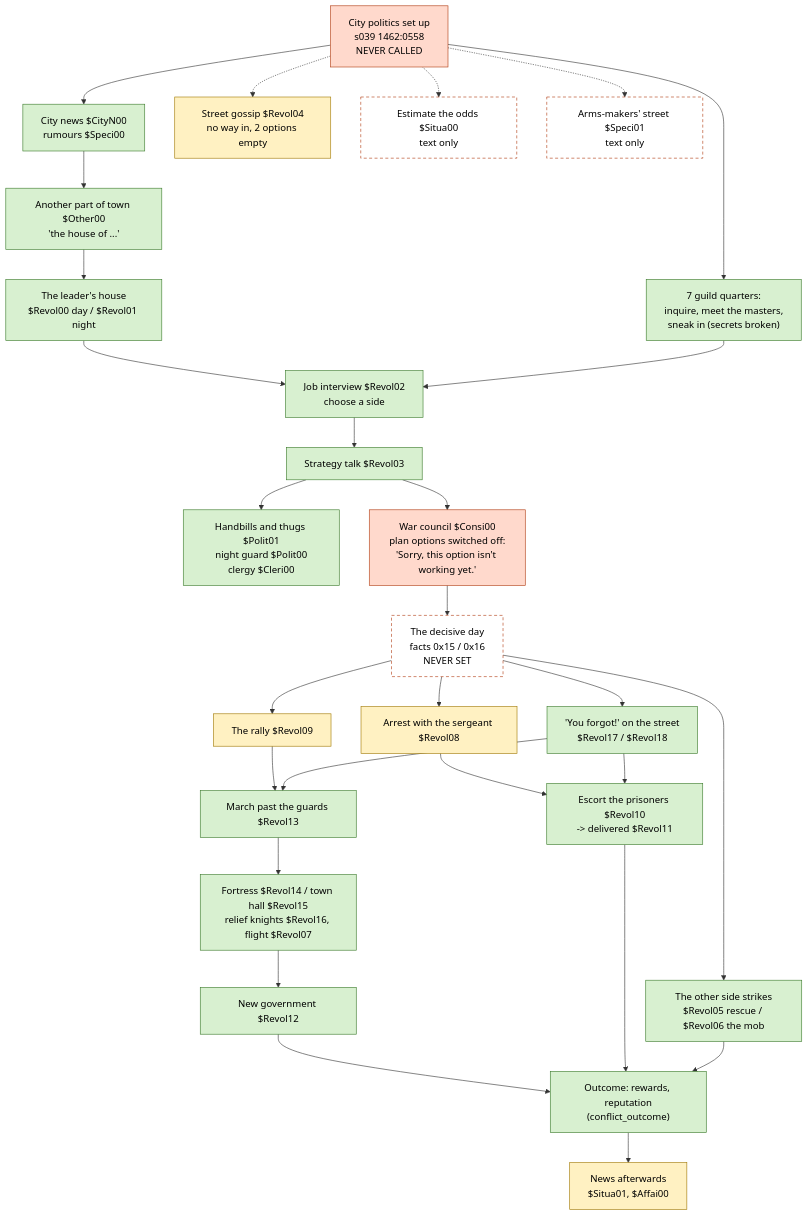
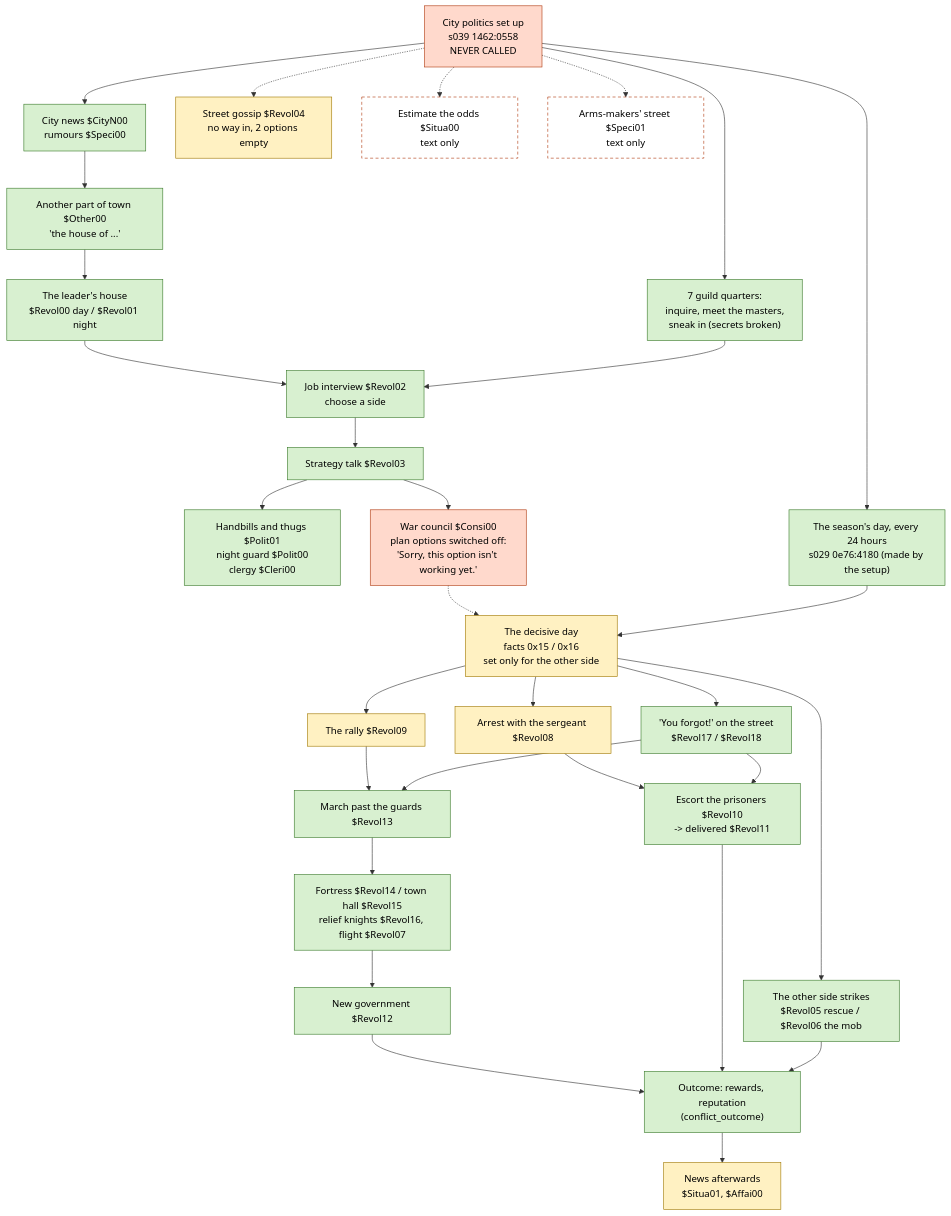
One commit to bouchacha/Darklands-plus changed the diagram in docs/cut_politics.md. Above: the diagram before and after it, drawn with Mermaid. The commit also changed other lines of this file and 9 other files, not shown here.

First line of the commit message:
Politics: the season's own daily handler runs for its city; four more saints as their texts

````diff
--- a/docs/cut_politics.md
+++ b/docs/cut_politics.md
@@ -40,49 +40,51 @@
 ```mermaid
 flowchart TD
     classDef ok fill:#d8f0d0,stroke:#3a7a2a,color:#000
     classDef unreached fill:#fff1c2,stroke:#a07800,color:#000
     classDef stub fill:#ffd9cc,stroke:#b03a10,color:#000
     classDef missing fill:#ffffff,stroke:#b03a10,stroke-dasharray:5 4,color:#000
 
     SETUP["City politics set up<br/>s039 1462:0558<br/>NEVER CALLED"]:::stub
     NEWS["City news $CityN00<br/>rumours $Speci00"]:::ok
     OTHER["Another part of town $Other00<br/>'the house of ...'"]:::ok
     GUILD["7 guild quarters:<br/>inquire, meet the masters,<br/>sneak in (secrets broken)"]:::ok
     HOUSE["The leader's house<br/>$Revol00 day / $Revol01 night"]:::ok
     JOIN["Job interview $Revol02<br/>choose a side"]:::ok
     PLAN["Strategy talk $Revol03"]:::ok
     WORK["Handbills and thugs $Polit01<br/>night guard $Polit00<br/>clergy $Cleri00"]:::ok
     GOSSIP["Street gossip $Revol04<br/>no way in, 2 options empty"]:::unreached
     EST["Estimate the odds $Situa00<br/>text only"]:::missing
     ARMS["Arms-makers' street $Speci01<br/>text only"]:::missing
     COUNCIL["War council $Consi00<br/>plan options switched off:<br/>'Sorry, this option isn't working yet.'"]:::stub
-    DAY["The decisive day<br/>facts 0x15 / 0x16<br/>NEVER SET"]:::missing
+    DAILY["The season's day, every 24 hours<br/>s029 0e76:4180 (made by the setup)"]:::ok
+    DAY["The decisive day<br/>facts 0x15 / 0x16<br/>set only for the other side"]:::unreached
     ARREST["Arrest with the sergeant $Revol08"]:::unreached
     RALLY["The rally $Revol09"]:::unreached
     FORGOT["'You forgot!' on the street<br/>$Revol17 / $Revol18"]:::ok
     ENEMY["The other side strikes<br/>$Revol05 rescue / $Revol06 the mob"]:::ok
     ESCORT["Escort the prisoners $Revol10<br/>-> delivered $Revol11"]:::ok
     MARCH["March past the guards $Revol13"]:::ok
     SIEGE["Fortress $Revol14 / town hall $Revol15<br/>relief knights $Revol16, flight $Revol07"]:::ok
     WIN["New government $Revol12"]:::ok
     OUT["Outcome: rewards, reputation<br/>(conflict_outcome)"]:::ok
     AFTER["News afterwards<br/>$Situa01, $Affai00"]:::unreached
 
     SETUP --> NEWS --> OTHER --> HOUSE --> JOIN
     SETUP --> GUILD --> JOIN
     SETUP -.-> GOSSIP
     SETUP -.-> EST
     SETUP -.-> ARMS
     JOIN --> PLAN --> WORK
-    PLAN --> COUNCIL --> DAY
+    PLAN --> COUNCIL -.-> DAY
+    SETUP --> DAILY --> DAY
     DAY --> ARREST --> ESCORT
     DAY --> RALLY --> MARCH
     DAY --> FORGOT
     FORGOT --> ESCORT
     FORGOT --> MARCH
     DAY --> ENEMY
     MARCH --> SIEGE --> WIN --> OUT
     ESCORT --> OUT
     ENEMY --> OUT
     OUT --> AFTER
 ```
````
